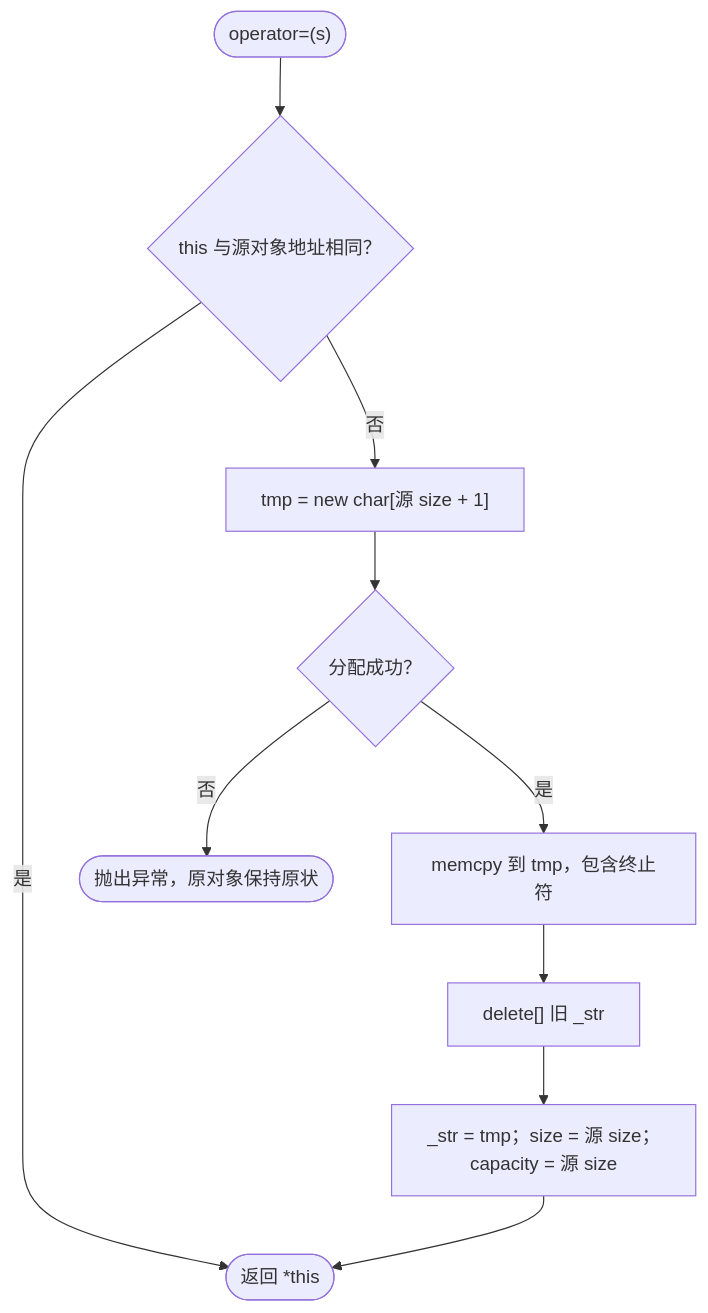
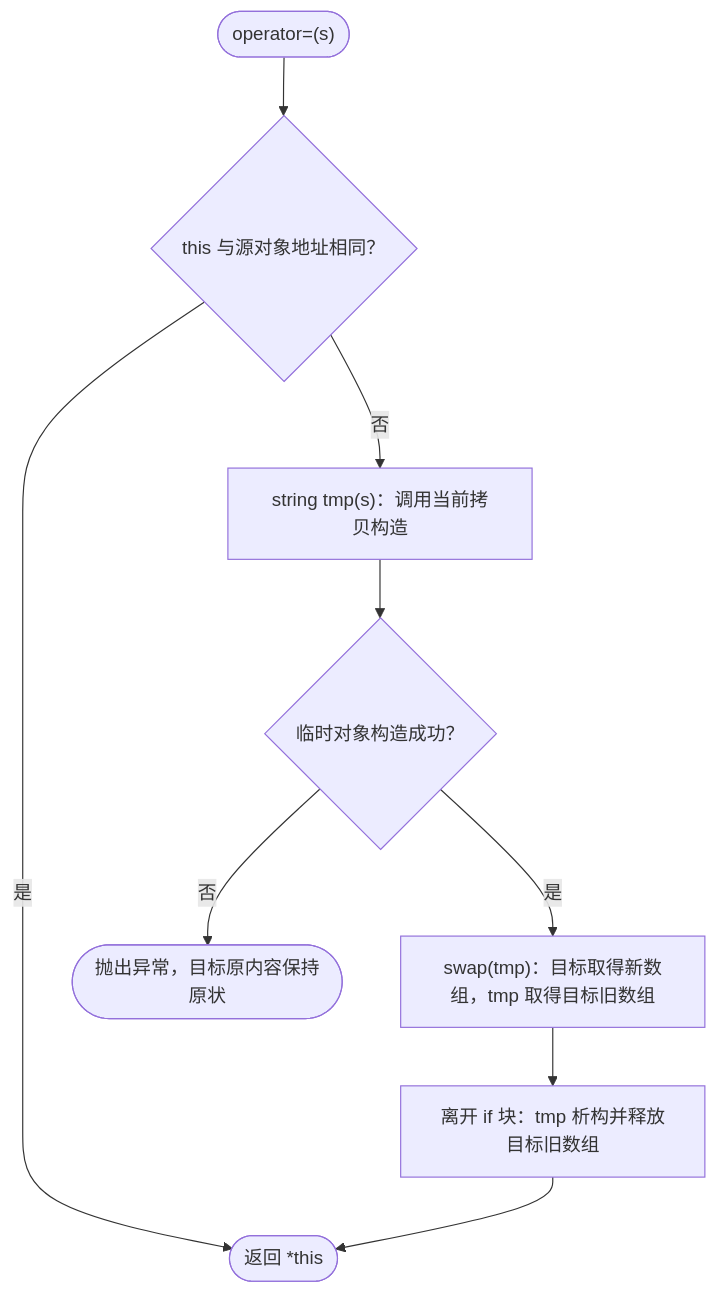
One commit to WeiYue-Xi/Cplusplus-Learning changed the fourth of 21 diagrams in CPPString/string/STRING_IMPLEMENTATION.md. Above: the diagram before and after it, drawn with Mermaid. The commit also changed other lines of this file and 1 other file, not shown here.

````diff
--- a/CPPString/string/STRING_IMPLEMENTATION.md
+++ b/CPPString/string/STRING_IMPLEMENTATION.md
@@ -199,12 +211,11 @@
 ```mermaid
 flowchart TD
     start(["operator=(s)"]) --> self{"this 与源对象地址相同？"}
     self -->|"是"| done(["返回 *this"])
-    self -->|"否"| alloc["tmp = new char[源 size + 1]"]
-    alloc --> ok{"分配成功？"}
-    ok -->|"否"| fail(["抛出异常，原对象保持原状"])
-    ok -->|"是"| copy["memcpy 到 tmp，包含终止符"]
-    copy --> release["delete[] 旧 _str"]
-    release --> replace["_str = tmp；size = 源 size；capacity = 源 size"]
-    replace --> done
+    self -->|"否"| copy["string tmp(s)：调用当前拷贝构造"]
+    copy --> ok{"临时对象构造成功？"}
+    ok -->|"否"| fail(["抛出异常，目标原内容保持原状"])
+    ok -->|"是"| exchange["swap(tmp)：目标取得新数组，tmp 取得目标旧数组"]
+    exchange --> release["离开 if 块：tmp 析构并释放目标旧数组"]
+    release --> done
 ```
````
